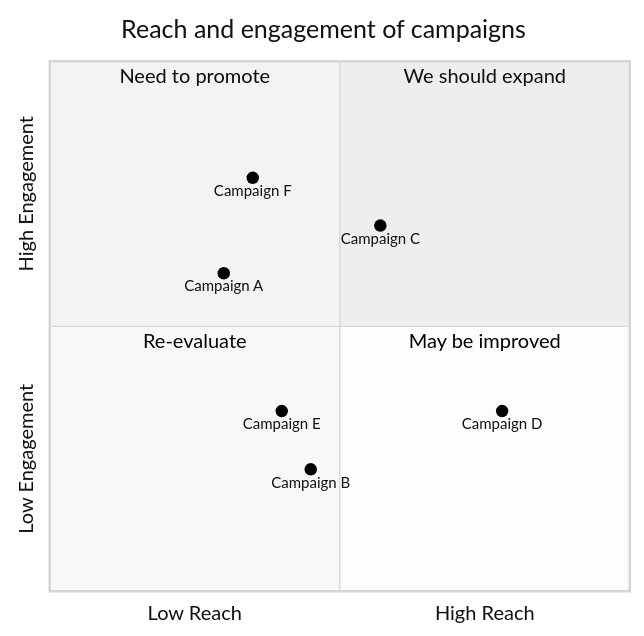
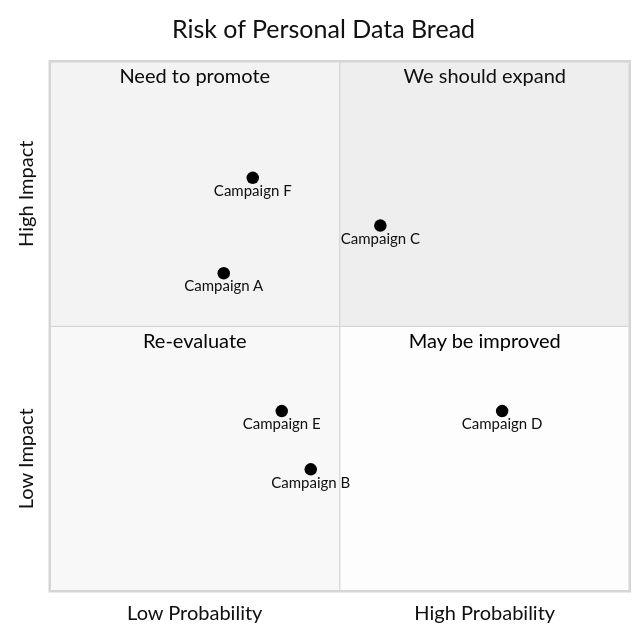
Before and after one commit to Kietpawpan/pdpa: the fourth of 4 diagrams in README.md, drawn with Mermaid (neutral theme).

````diff
--- a/README.md
+++ b/README.md
@@ -87,16 +87,16 @@
 ```mermaid
 quadrantChart
-    title Reach and engagement of campaigns
-    x-axis Low Reach --> High Reach
-    y-axis Low Engagement --> High Engagement
+    title Risk of Personal Data Bread
+    x-axis Low Probability --> High Probability
+    y-axis Low Impact --> High Impact
     quadrant-1 We should expand
     quadrant-2 Need to promote
     quadrant-3 Re-evaluate
     quadrant-4 May be improved
     Campaign A: [0.3, 0.6]
     Campaign B: [0.45, 0.23]
     Campaign C: [0.57, 0.69]
     Campaign D: [0.78, 0.34]
     Campaign E: [0.40, 0.34]
     Campaign F: [0.35, 0.78]
 ```
````
